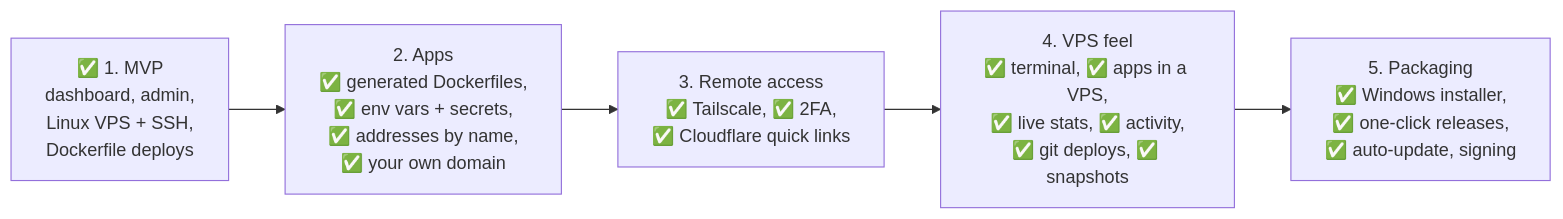
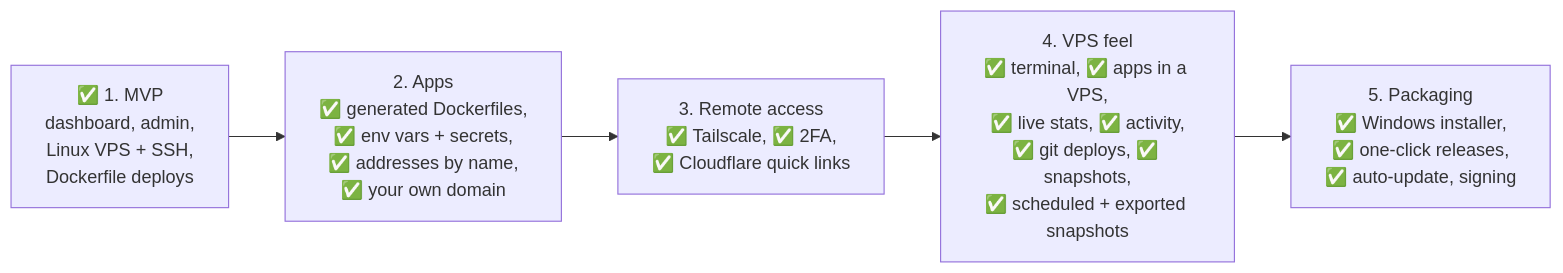
Diagram 11 of 11 in README.md (AbrarDW/lps), drawn with Mermaid before and after one commit. The commit also changed other lines of this file and 16 other files, not shown here.

First line of the commit message:
Add automatic VPS snapshots and snapshot files

````diff
--- a/README.md
+++ b/README.md
@@ -501,9 +504,9 @@
 ```mermaid
 flowchart LR
     m1["✅ 1. MVP<br/>dashboard, admin,<br/>Linux VPS + SSH,<br/>Dockerfile deploys"]
     m2["2. Apps<br/>✅ generated Dockerfiles,<br/>✅ env vars + secrets,<br/>✅ addresses by name,<br/>✅ your own domain"]
     m3["3. Remote access<br/>✅ Tailscale, ✅ 2FA,<br/>✅ Cloudflare quick links"]
-    m4["4. VPS feel<br/>✅ terminal, ✅ apps in a VPS,<br/>✅ live stats, ✅ activity,<br/>✅ git deploys, ✅ snapshots"]
+    m4["4. VPS feel<br/>✅ terminal, ✅ apps in a VPS,<br/>✅ live stats, ✅ activity,<br/>✅ git deploys, ✅ snapshots,<br/>✅ scheduled + exported snapshots"]
     m5["5. Packaging<br/>✅ Windows installer,<br/>✅ one-click releases,<br/>✅ auto-update, signing"]
     m1 --> m2 --> m3 --> m4 --> m5
 ```
````
